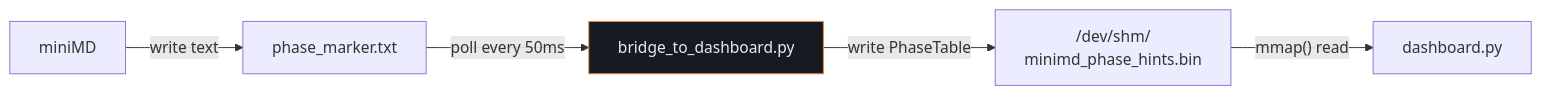
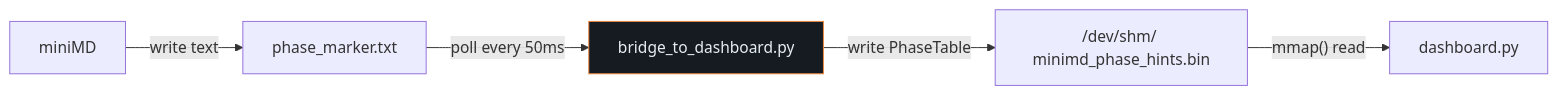
The fifth of 5 diagrams in 00_architecture_docs/09_data_flow_and_ipc.md (johnnietse/elec-498-group-30-2025-2026-proxy-app), drawn with Mermaid before and after one commit. The commit also changed 7 other files, not shown here.

Commit message:
Fix Mermaid diagram rendering issues on GitHub by removing HTML tags from node labels

````diff
--- a/00_architecture_docs/09_data_flow_and_ipc.md
+++ b/00_architecture_docs/09_data_flow_and_ipc.md
@@ -254,9 +254,9 @@
 ```mermaid
 flowchart LR
     APP["miniMD"] -->|"write text"| FILE["phase_marker.txt"]
     FILE -->|"poll every 50ms"| BRIDGE["bridge_to_dashboard.py"]
-    BRIDGE -->|"write PhaseTable"| SHM["/dev/shm/<br/>minimd_phase_hints.bin"]
+    BRIDGE -->|"write PhaseTable"| SHM["/dev/shm/ minimd_phase_hints.bin"]
     SHM -->|"mmap() read"| DASH["dashboard.py"]
     
     style BRIDGE fill:#161b22,stroke:#f0883e,color:#e6edf3
 ```
````
